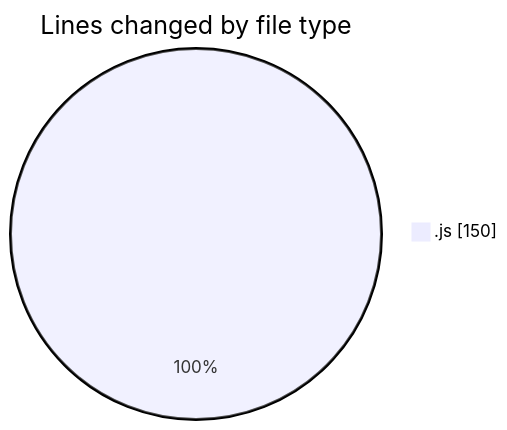
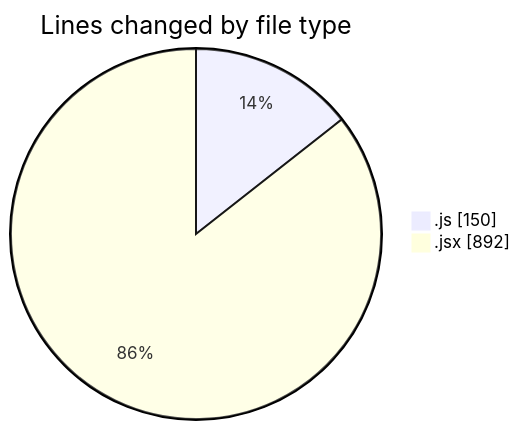
The first of 2 diagrams in 2025-07-28/nxtqube_webapp/README.md (nxtqubesakshisongat/code-tracking), drawn with Mermaid before and after one commit. The commit also changed other lines of this file and 1 other file, not shown here.

````diff
--- a/2025-07-28/nxtqube_webapp/README.md
+++ b/2025-07-28/nxtqube_webapp/README.md
@@ -20,5 +22,6 @@
 ```mermaid
 pie showData
 title Lines changed by file type
 ".js" : 150
+".jsx" : 892
 ```
````
